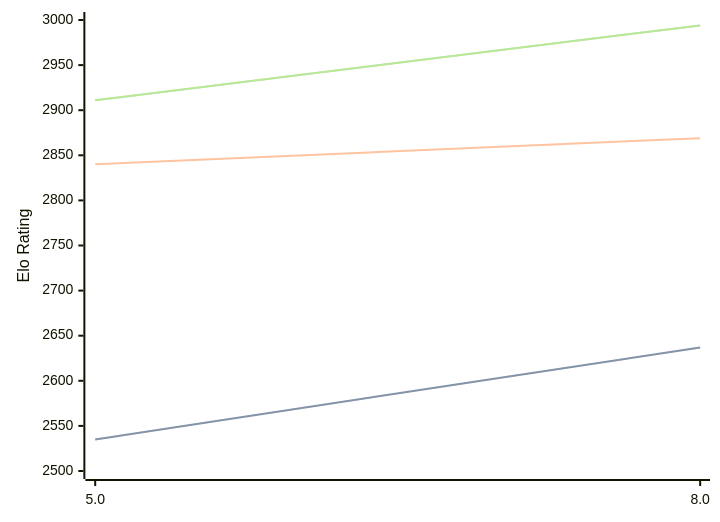
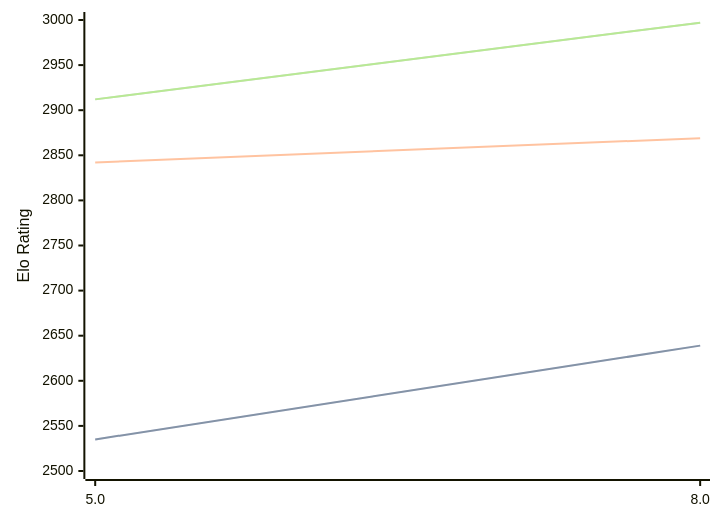
The diagram in engines/4kc.md (computer-chess-index/cci), drawn with Mermaid before and after one commit. The commit also changed other lines of this file, not shown here.

Commit message:
Update CCI Ratings (ELO VLTC) - 2026-05-17

````diff
--- a/engines/4kc.md
+++ b/engines/4kc.md
@@ -41,11 +41,11 @@
 ```mermaid
 %%{init: {"theme":"base","themeVariables":{"seriesColors:['#a3a3a3','#222221','#faa371']}}}%%
 xychart-beta
   x-axis ["5.0", "8.0"]
   y-axis "Elo Rating" 2500 --> 3000
-  line "STC (8.0+0.08s)" [2535, 2637]
-  line "STC (8.0+0.08s)" [2535, 2637]
-  line "LTC (60.0+0.60s)" [2840, 2869]
-  line "VLTC (2m24s+1.12s)" [2911, 2994]
-  line "VLTC (2m24s+1.12s)" [2911, 2994]
+  line "STC (8.0+0.08s)" [2535, 2639]
+  line "STC (8.0+0.08s)" [2535, 2639]
+  line "LTC (60.0+0.60s)" [2842, 2869]
+  line "VLTC (2m24s+1.12s)" [2912, 2997]
+  line "VLTC (2m24s+1.12s)" [2912, 2997]
 ```
````
